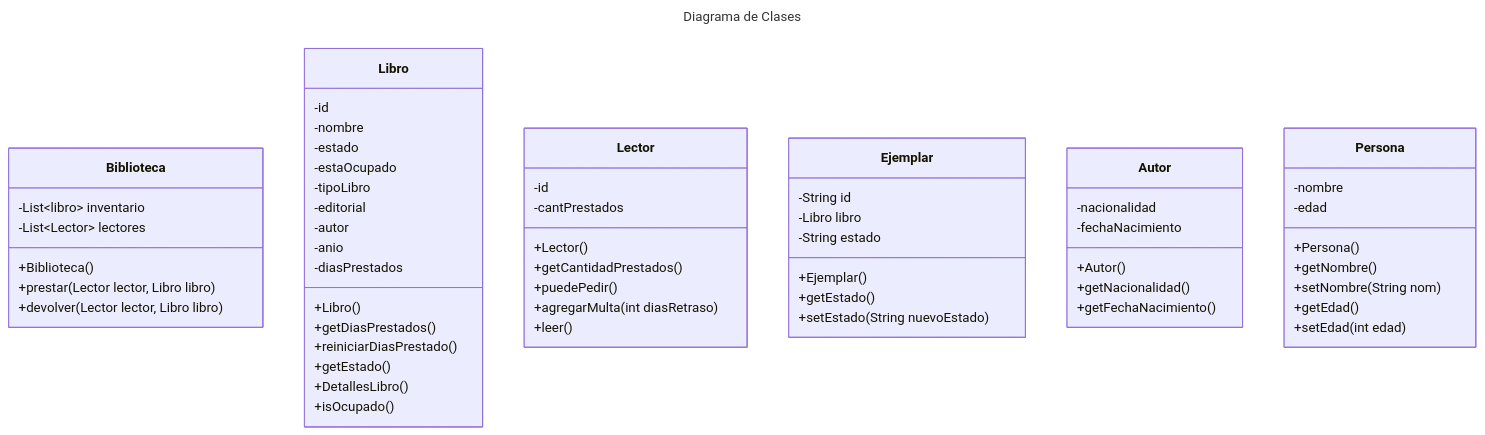
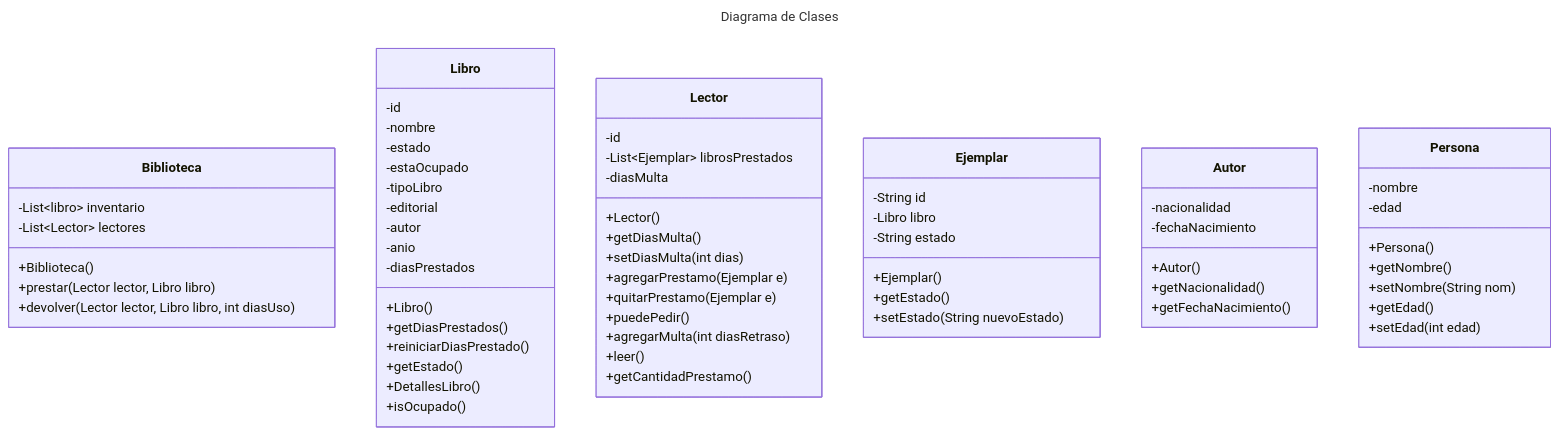
One commit to mauryci2/Jaime-Felix-POO-Base changed the diagram in README.md. Above: the diagram before and after it, drawn with Mermaid.

Commit message:
creo que termine la clase Lector
Updated method signatures and added new attributes for Lector class.

````diff
--- a/README.md
+++ b/README.md
@@ -7,65 +7,70 @@
 ```mermaid
 ---
 title: Diagrama de Clases
 ---
 classDiagram
       class Biblioteca{
             -List~libro~ inventario
             -List~Lector~ lectores
             +Biblioteca()
             +prestar(Lector lector, Libro libro)
-            +devolver(Lector lector, Libro libro)
+            +devolver(Lector lector, Libro libro, int diasUso)
             
       }
             
       class Libro{
             -id
             -nombre
             -estado
             -estaOcupado
             -tipoLibro
             -editorial
             -autor
             -anio
             -diasPrestados
             +Libro()
             +getDiasPrestados()
             +reiniciarDiasPrestado()
             +getEstado()
             +DetallesLibro()
             +isOcupado()
       }
       class Lector{
             -id
-            -cantPrestados
+            -List~Ejemplar~ librosPrestados
+            -diasMulta
             +Lector()
-            +getCantidadPrestados()
+            +getDiasMulta()
+            +setDiasMulta(int dias)
+            +agregarPrestamo(Ejemplar e)
+            +quitarPrestamo(Ejemplar e)
             +puedePedir()
             +agregarMulta(int diasRetraso)
             +leer()
+            +getCantidadPrestamo()
             }
       class Ejemplar {
             -String id
             -Libro libro
             -String estado
             +Ejemplar()
             +getEstado()
             +setEstado(String nuevoEstado)
       }
       class Autor{
             -nacionalidad
             -fechaNacimiento
             +Autor()
             +getNacionalidad()
             +getFechaNacimiento()
       }
       class Persona{
             -nombre
             -edad
             +Persona()
             +getNombre()
             +setNombre(String nom)
             +getEdad()
             +setEdad(int edad)
       }
 ```
````
